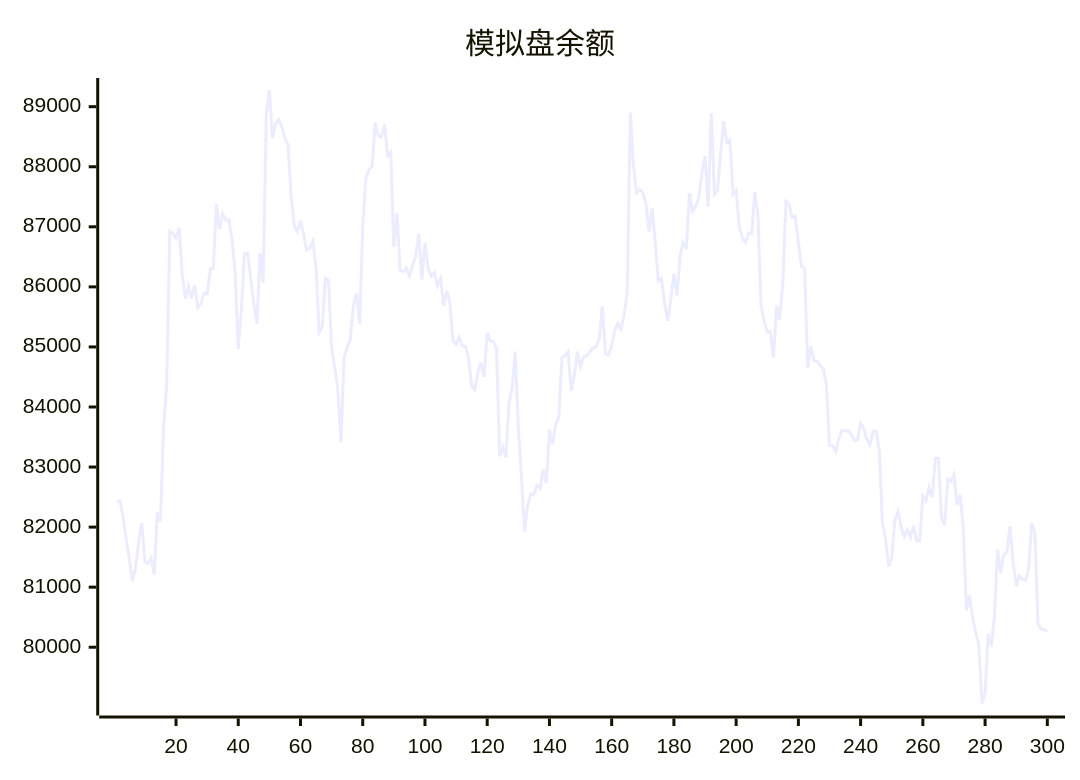
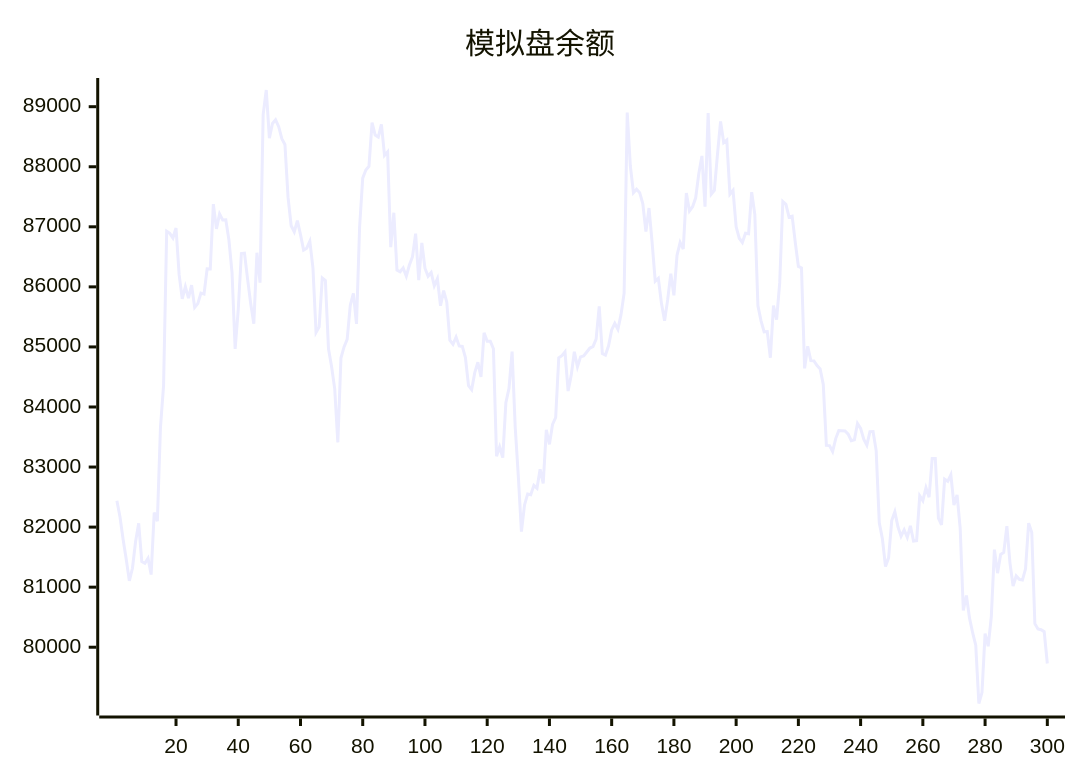
One commit to aahl/ai-trading changed the diagram in README.md. Above: the diagram before and after it, drawn with Mermaid. The commit also changed other lines of this file and 1 other file, not shown here.

````diff
--- a/README.md
+++ b/README.md
@@ -5,5 +5,5 @@
 ```mermaid
 xychart
     title "模拟盘余额"
-    line [82433,82438,82167,81795,81466,81105,81315,81756,82064,81426,81398,81481,81210,82242,82099,83658,84359,86925,86892,86814,86980,86203,85802,86003,85811,86028,85657,85721,85896,85880,86300,86299,87378,86965,87214,87115,87118,86780,86238,84966,85623,86555,86562,86129,85722,85387,86569,86070,88870,89278,88477,88720,88781,88668,88467,88372,87493,87018,86917,87102,86870,86613,86644,86758,86317,85242,85334,86149,86106,84968,84671,84302,83410,84816,85001,85127,85693,85891,85384,87001,87811,87945,88007,88734,88528,88495,88705,88189,88248,86662,87234,86279,86251,86314,86177,86364,86503,86886,86114,86731,86310,86176,86240,86017,86136,85685,85938,85749,85111,85044,85164,85016,85008,84824,84354,84287,84572,84745,84500,85234,85096,85095,84970,83180,83338,83157,84070,84309,84922,83667,82850,81924,82369,82552,82539,82695,82648,82962,82728,83619,83378,83710,83825,84819,84854,84917,84265,84527,84919,84668,84834,84850,84916,84981,85004,85131,85674,84891,84864,85019,85284,85393,85294,85538,85894,88904,88012,87567,87625,87568,87386,86920,87313,86737,86094,86143,85725,85437,85787,86219,85859,86526,86740,86630,87563,87264,87335,87483,87886,88180,87335,88894,87544,87608,88207,88755,88401,88444,87543,87608,87000,86810,86740,86894,86884,87576,87209,85686,85435,85251,85255,84820,85689,85453,86066,87420,87373,87161,87178,86740,86341,86315,84643,85012,84772,84768,84690,84635,84376,83360,83357,83259,83474,83608,83606,83602,83548,83440,83454,83724,83644,83464,83365,83590,83592,83275,82072,81806,81344,81492,82109,82254,82006,81848,81955,81829,82022,81769,81776,82522,82441,82656,82498,83144,83144,82150,82038,82797,82763,82872,82367,82536,81981,80612,80862,80484,80242,80034,79063,79245,80226,80016,80507,81625,81233,81544,81578,82016,81401,81019,81186,81130,81118,81306,82066,81909,80392,80304,80291,80258]
+    line [82438,82167,81795,81466,81105,81315,81756,82064,81426,81398,81481,81210,82242,82099,83658,84359,86925,86892,86814,86980,86203,85802,86003,85811,86028,85657,85721,85896,85880,86300,86299,87378,86965,87214,87115,87118,86780,86238,84966,85623,86555,86562,86129,85722,85387,86569,86070,88870,89278,88477,88720,88781,88668,88467,88372,87493,87018,86917,87102,86870,86613,86644,86758,86317,85242,85334,86149,86106,84968,84671,84302,83410,84816,85001,85127,85693,85891,85384,87001,87811,87945,88007,88734,88528,88495,88705,88189,88248,86662,87234,86279,86251,86314,86177,86364,86503,86886,86114,86731,86310,86176,86240,86017,86136,85685,85938,85749,85111,85044,85164,85016,85008,84824,84354,84287,84572,84745,84500,85234,85096,85095,84970,83180,83338,83157,84070,84309,84922,83667,82850,81924,82369,82552,82539,82695,82648,82962,82728,83619,83378,83710,83825,84819,84854,84917,84265,84527,84919,84668,84834,84850,84916,84981,85004,85131,85674,84891,84864,85019,85284,85393,85294,85538,85894,88904,88012,87567,87625,87568,87386,86920,87313,86737,86094,86143,85725,85437,85787,86219,85859,86526,86740,86630,87563,87264,87335,87483,87886,88180,87335,88894,87544,87608,88207,88755,88401,88444,87543,87608,87000,86810,86740,86894,86884,87576,87209,85686,85435,85251,85255,84820,85689,85453,86066,87420,87373,87161,87178,86740,86341,86315,84643,85012,84772,84768,84690,84635,84376,83360,83357,83259,83474,83608,83606,83602,83548,83440,83454,83724,83644,83464,83365,83590,83592,83275,82072,81806,81344,81492,82109,82254,82006,81848,81955,81829,82022,81769,81776,82522,82441,82656,82498,83144,83144,82150,82038,82797,82763,82872,82367,82536,81981,80612,80862,80484,80242,80034,79063,79245,80226,80016,80507,81625,81233,81544,81578,82016,81401,81019,81186,81130,81118,81306,82066,81909,80392,80304,80291,80258,79729]
 ```
````
